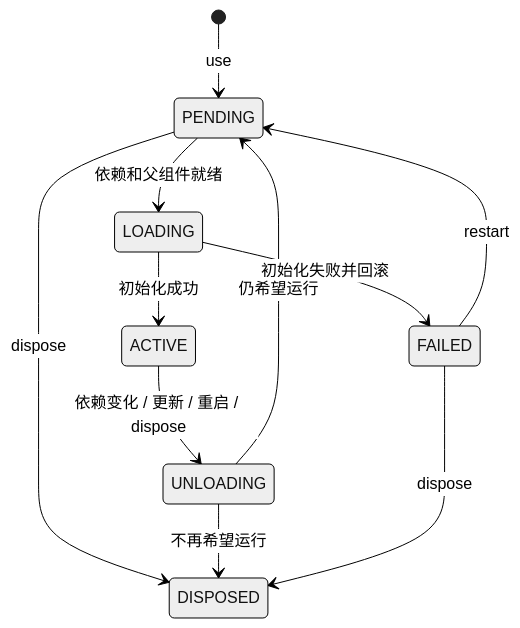
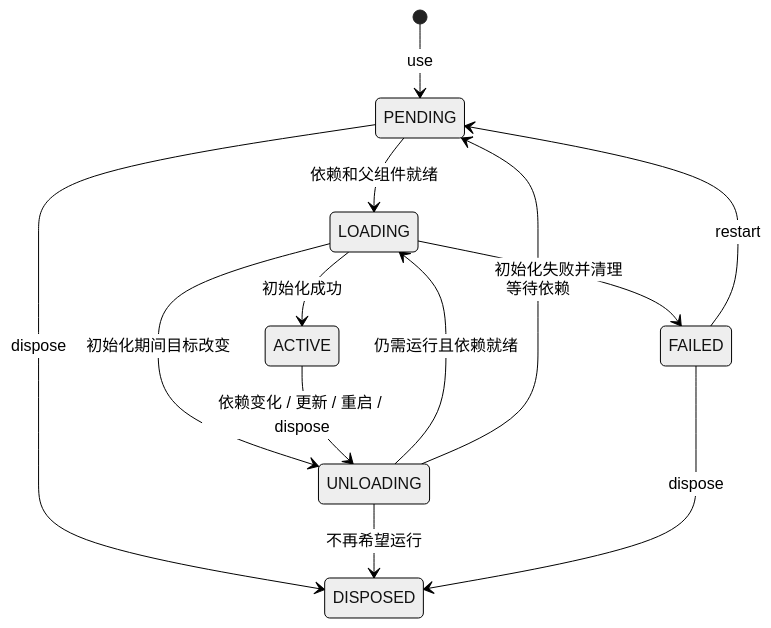
Before and after one commit to zxrneu/cordis: the second of 3 diagrams in python/docs/core-concepts.md, drawn with Mermaid (neutral theme). The commit also changed other lines of this file and 10 other files, not shown here.

````diff
--- a/python/docs/core-concepts.md
+++ b/python/docs/core-concepts.md
@@ -36,13 +298,15 @@
 ```mermaid
 stateDiagram-v2
     [*] --> PENDING: use
     PENDING --> LOADING: 依赖和父组件就绪
     LOADING --> ACTIVE: 初始化成功
-    LOADING --> FAILED: 初始化失败并回滚
+    LOADING --> FAILED: 初始化失败并清理
+    LOADING --> UNLOADING: 初始化期间目标改变
     ACTIVE --> UNLOADING: 依赖变化 / 更新 / 重启 / dispose
-    UNLOADING --> PENDING: 仍希望运行
+    UNLOADING --> LOADING: 仍需运行且依赖就绪
+    UNLOADING --> PENDING: 等待依赖
     FAILED --> PENDING: restart
     PENDING --> DISPOSED: dispose
     UNLOADING --> DISPOSED: 不再希望运行
     FAILED --> DISPOSED: dispose
 ```
````
